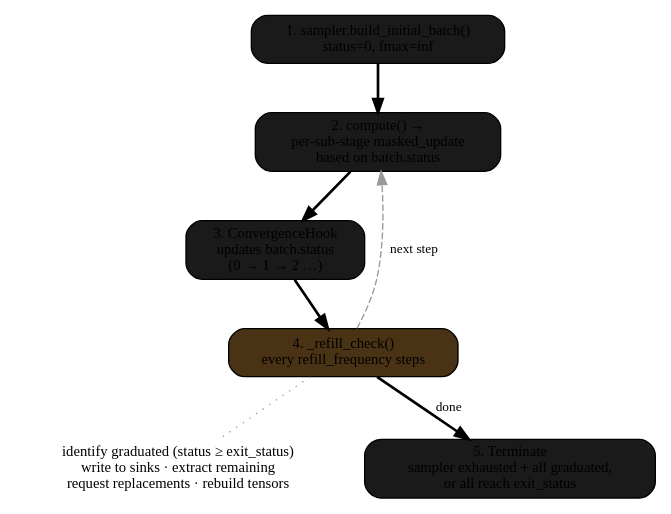
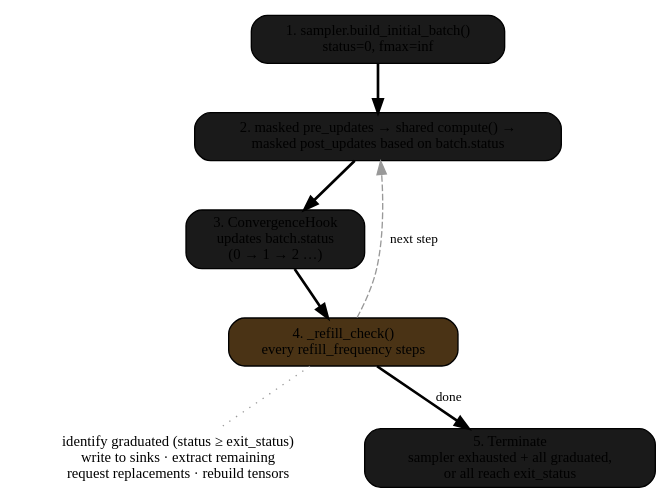
One commit to NVIDIA/nvalchemi-toolkit changed the third of 4 diagrams in docs/modules/dynamics/buffers_and_data_flow.rst. Above: the diagram before and after it, drawn with Graphviz. The commit also changed 5 other files, not shown here.

```diff
--- a/docs/modules/dynamics/buffers_and_data_flow.rst
+++ b/docs/modules/dynamics/buffers_and_data_flow.rst
@@ -345,22 +345,22 @@
 .. graphviz::
    :caption: FusedStage inflight batching lifecycle.
 
    digraph fused_lifecycle {
        rankdir=TB
        node [fontsize=11 shape=box style="rounded,filled" fillcolor="#1a1a1a"]
        edge [fontsize=10]
 
        init [label="1. sampler.build_initial_batch()\nstatus=0, fmax=inf" fillcolor="#1a1a1a"]
-       step [label="2. compute() →\nper-sub-stage masked_update\nbased on batch.status"]
+       step [label="2. masked pre_updates → shared compute() →\nmasked post_updates based on batch.status"]
        conv [label="3. ConvergenceHook\nupdates batch.status\n(0 → 1 → 2 …)"]
        refill [label="4. _refill_check()\nevery refill_frequency steps" fillcolor="#4a3315"]
        refill_detail [label="identify graduated (status ≥ exit_status)\nwrite to sinks · extract remaining\nrequest replacements · rebuild tensors" shape=plaintext fillcolor=none style=""]
        term [label="5. Terminate\nsampler exhausted + all graduated,\nor all reach exit_status" fillcolor="#1a1a1a"]
 
        init -> step [style=bold]
        step -> conv [style=bold]
        conv -> refill [style=bold]
        refill -> refill_detail [style=dotted arrowhead=none color="#999999"]
        refill -> step [label="next step" style=dashed color="#999999"]
        refill -> term [label="done" style=bold]
    }
```
